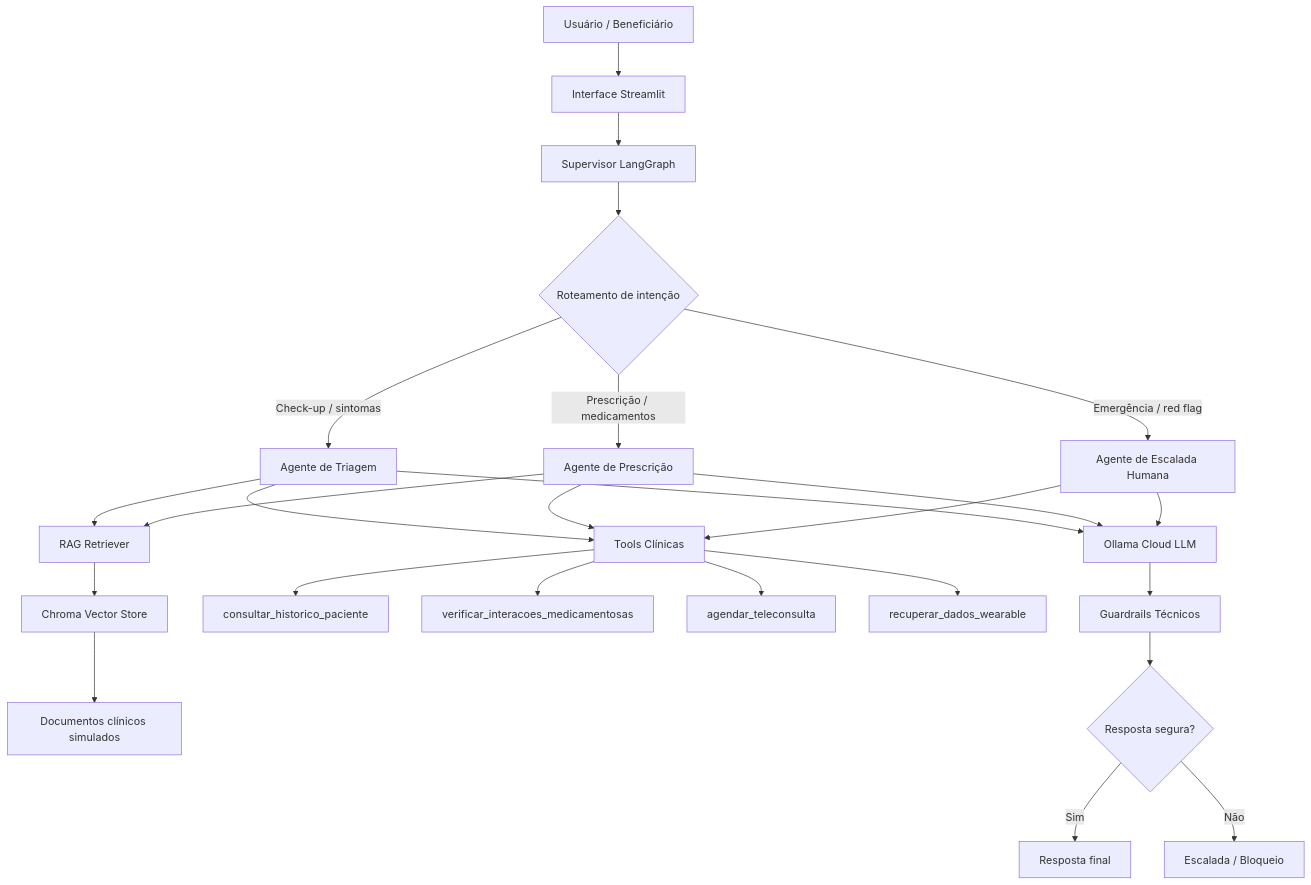
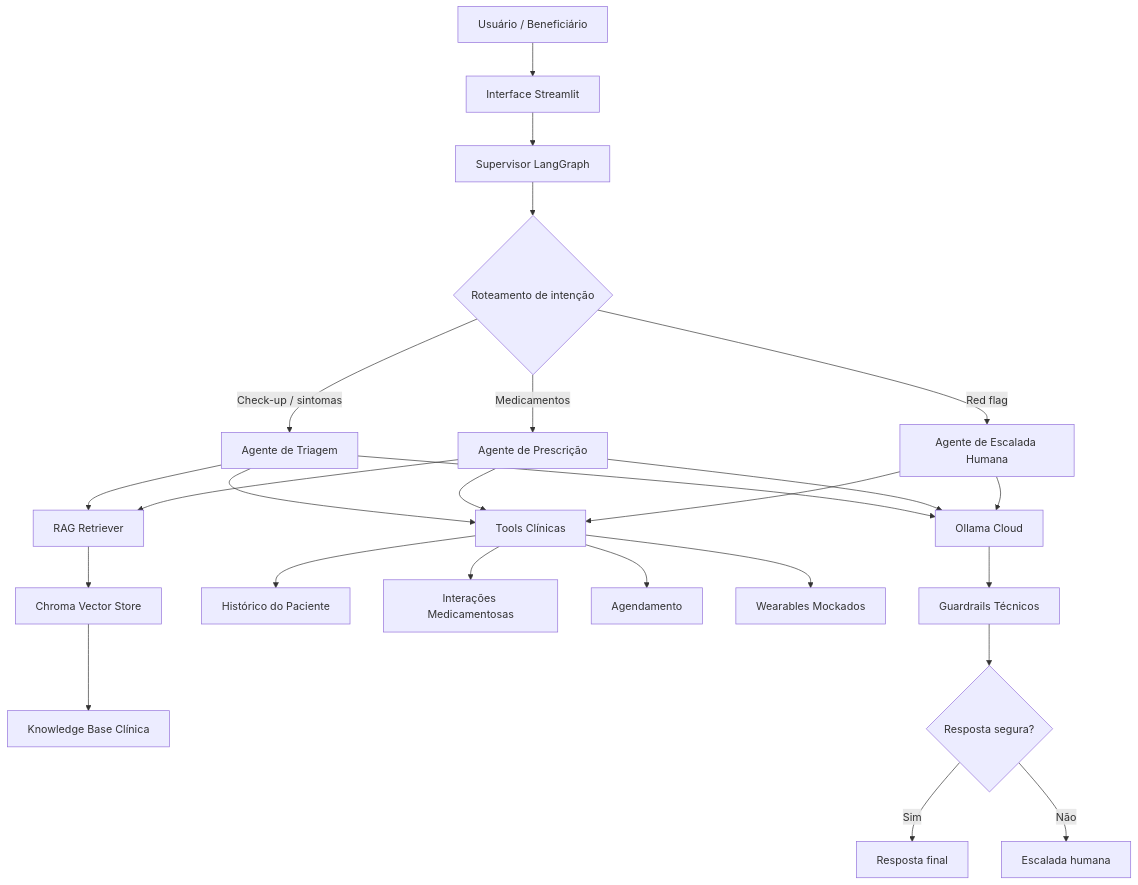
One commit to mmoura97/blua-diagnostics-sprint2 changed the diagram in README.md. Above: the diagram before and after it, drawn with Mermaid. The commit also changed other lines of this file, not shown here.

````diff
--- a/README.md
+++ b/README.md
@@ -77,37 +136,38 @@
 ```mermaid
 flowchart TD
     A[Usuário / Beneficiário] --> B[Interface Streamlit]
 
     B --> C[Supervisor LangGraph]
 
     C --> D{Roteamento de intenção}
 
     D -->|Check-up / sintomas| E[Agente de Triagem]
-    D -->|Prescrição / medicamentos| F[Agente de Prescrição]
-    D -->|Emergência / red flag| G[Agente de Escalada Humana]
+    D -->|Medicamentos| F[Agente de Prescrição]
+    D -->|Red flag| G[Agente de Escalada Humana]
 
     E --> H[RAG Retriever]
     F --> H
 
     H --> I[Chroma Vector Store]
-    I --> J[Documentos clínicos simulados]
+    I --> J[Knowledge Base Clínica]
 
     E --> K[Tools Clínicas]
     F --> K
     G --> K
 
-    K --> L[consultar_historico_paciente]
-    K --> M[verificar_interacoes_medicamentosas]
-    K --> N[agendar_teleconsulta]
-    K --> O[recuperar_dados_wearable]
+    K --> L[Histórico do Paciente]
+    K --> M[Interações Medicamentosas]
+    K --> N[Agendamento]
+    K --> O[Wearables Mockados]
 
-    E --> P[Ollama Cloud LLM]
+    E --> P[Ollama Cloud]
     F --> P
     G --> P
 
     P --> Q[Guardrails Técnicos]
+
     Q --> R{Resposta segura?}
 
     R -->|Sim| S[Resposta final]
-    R -->|Não| T[Escalada / Bloqueio]
+    R -->|Não| T[Escalada humana]
 ```
````
